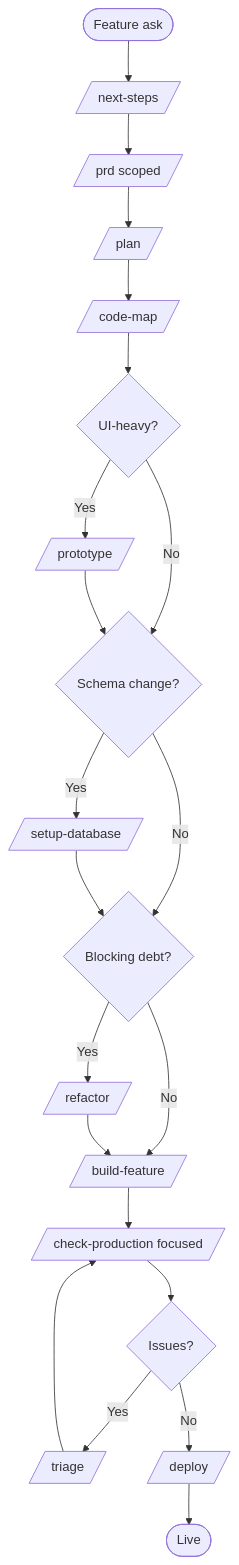
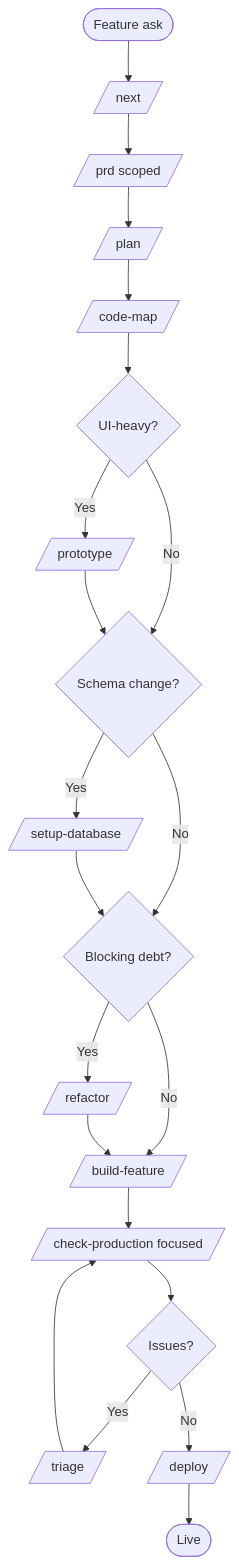
One commit to jnlanahan/Product-Agents-and-Skills changed the diagram in workflows/W3-add-feature.md. Above: the diagram before and after it, drawn with Mermaid. The commit also changed other lines of this file and 14 other files, not shown here.

First line of the commit message:
chore: sync stale /next-steps refs and counts after enhancements

````diff
--- a/workflows/W3-add-feature.md
+++ b/workflows/W3-add-feature.md
@@ -39,23 +39,23 @@
 ```mermaid
 flowchart TD
-    Start([Feature ask]) --> Next[/next-steps/]
+    Start([Feature ask]) --> Next[/next/]
     Next --> PRD[/prd scoped/]
     PRD --> Plan[/plan/]
     Plan --> Map[/code-map/]
     Map --> UI{UI-heavy?}
     UI -- Yes --> Proto[/prototype/]
     UI -- No --> Schema{Schema change?}
     Proto --> Schema
     Schema -- Yes --> DB[/setup-database/]
     Schema -- No --> Debt{Blocking debt?}
     DB --> Debt
     Debt -- Yes --> Refac[/refactor/]
     Debt -- No --> Feat[/build-feature/]
     Refac --> Feat
     Feat --> Audit[/check-production focused/]
     Audit --> Bug{Issues?}
     Bug -- Yes --> Tri[/triage/]
     Tri --> Audit
     Bug -- No --> Dep[/deploy/]
     Dep --> Live([Live])
 ```
````
